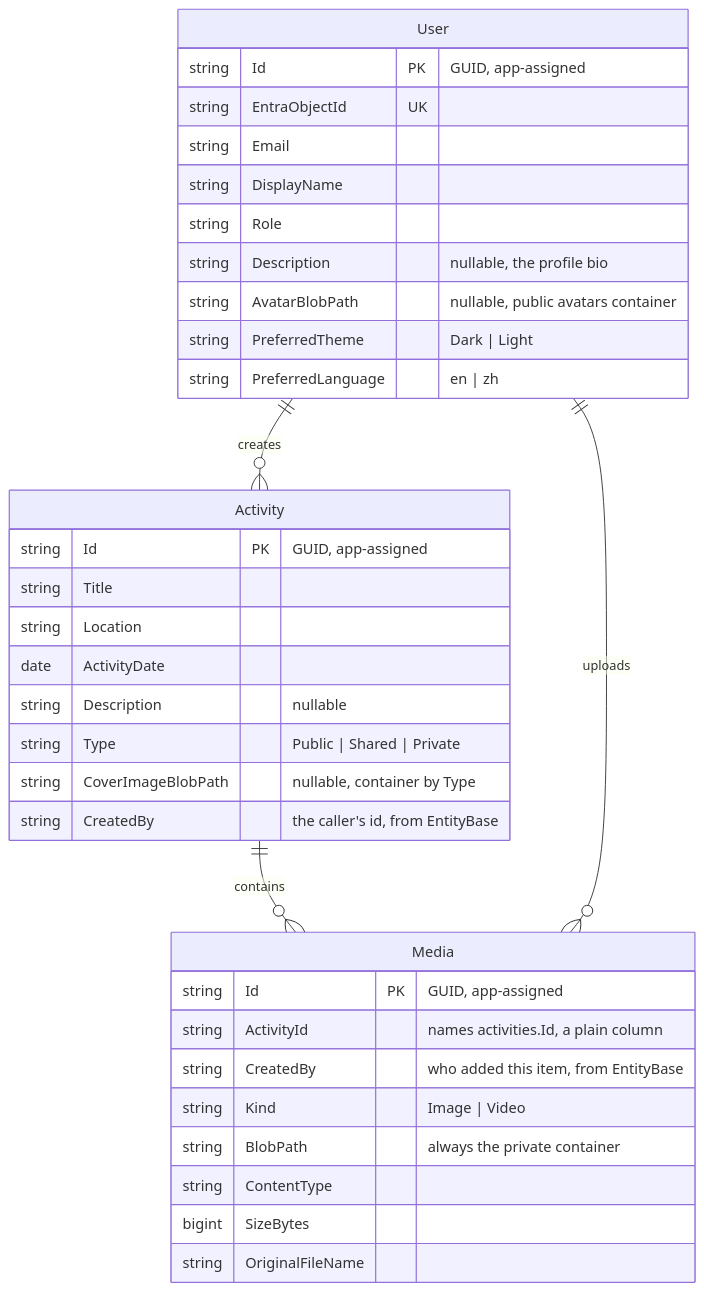
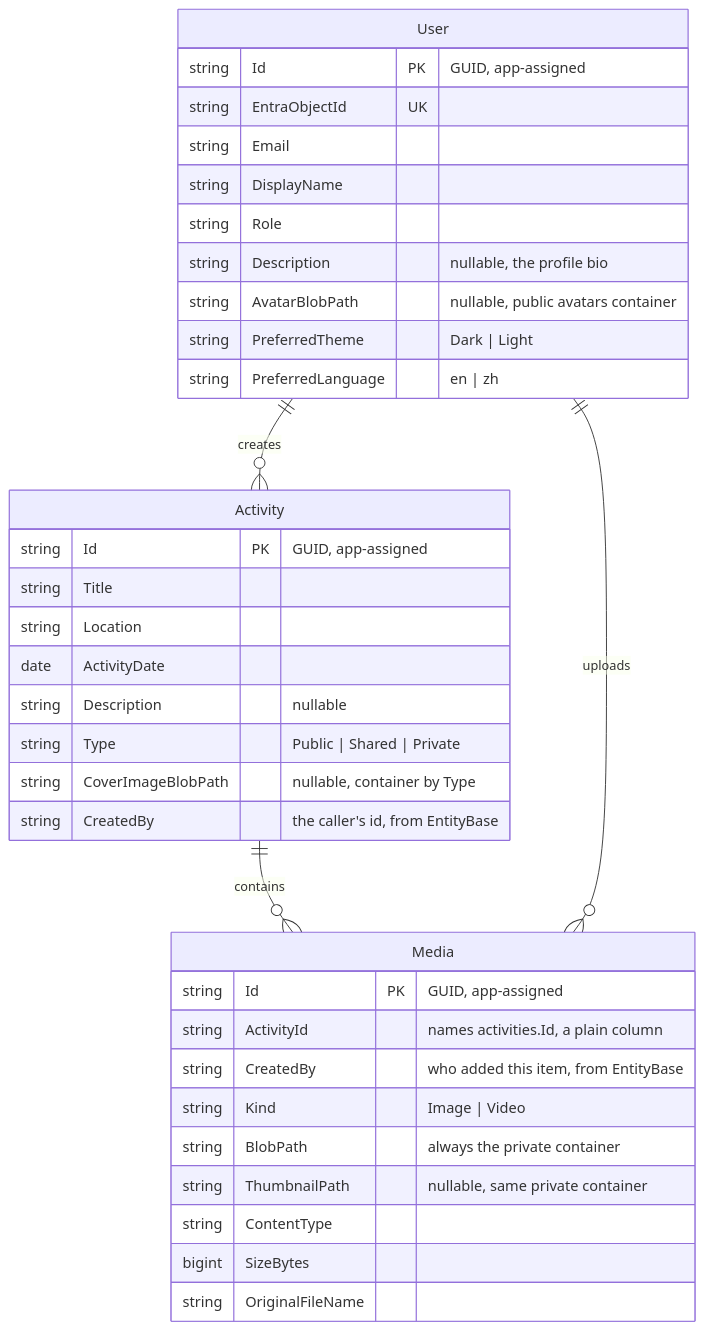
The diagram in docs/PRD.md (RhaegarC/TrailBlaze), drawn with Mermaid before and after one commit. The commit also changed other lines of this file and 22 other files, not shown here.

````diff
--- a/docs/PRD.md
+++ b/docs/PRD.md
@@ -193,37 +198,38 @@
 ```mermaid
 erDiagram
     User ||--o{ Activity : creates
     Activity ||--o{ Media : contains
     User ||--o{ Media : uploads
     User {
         string Id PK "GUID, app-assigned"
         string EntraObjectId UK
         string Email
         string DisplayName
         string Role
         string Description "nullable, the profile bio"
         string AvatarBlobPath "nullable, public avatars container"
         string PreferredTheme "Dark | Light"
         string PreferredLanguage "en | zh"
     }
     Activity {
         string Id PK "GUID, app-assigned"
         string Title
         string Location
         date ActivityDate
         string Description "nullable"
         string Type "Public | Shared | Private"
         string CoverImageBlobPath "nullable, container by Type"
         string CreatedBy "the caller's id, from EntityBase"
     }
     Media {
         string Id PK "GUID, app-assigned"
         string ActivityId "names activities.Id, a plain column"
         string CreatedBy "who added this item, from EntityBase"
         string Kind "Image | Video"
         string BlobPath "always the private container"
+        string ThumbnailPath "nullable, same private container"
         string ContentType
         bigint SizeBytes
         string OriginalFileName
     }
 ```
````
